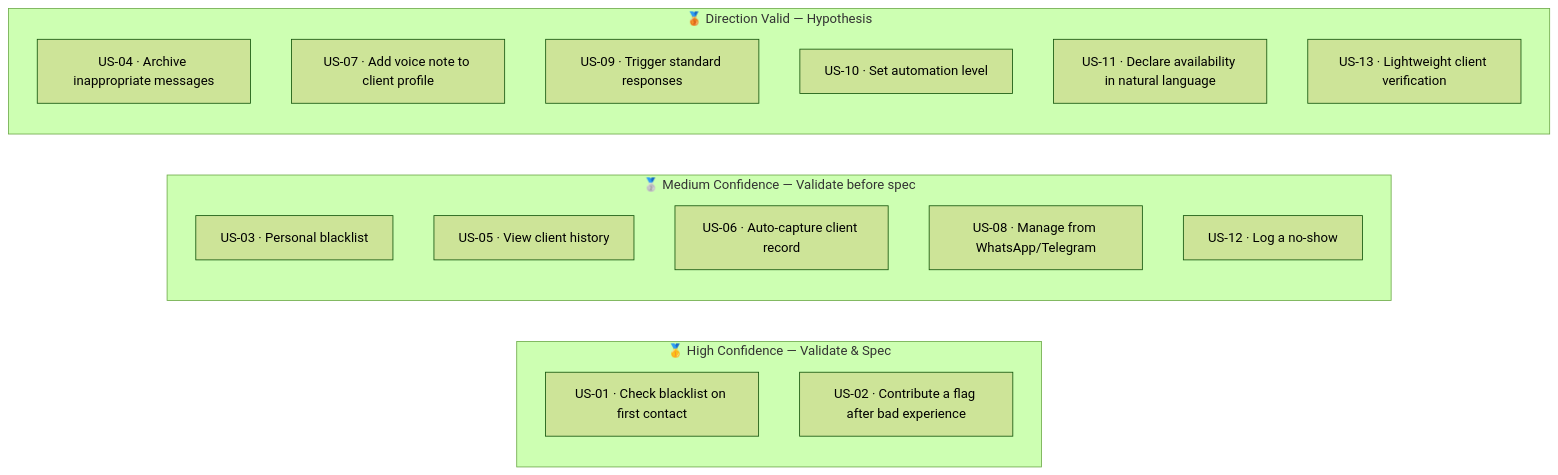
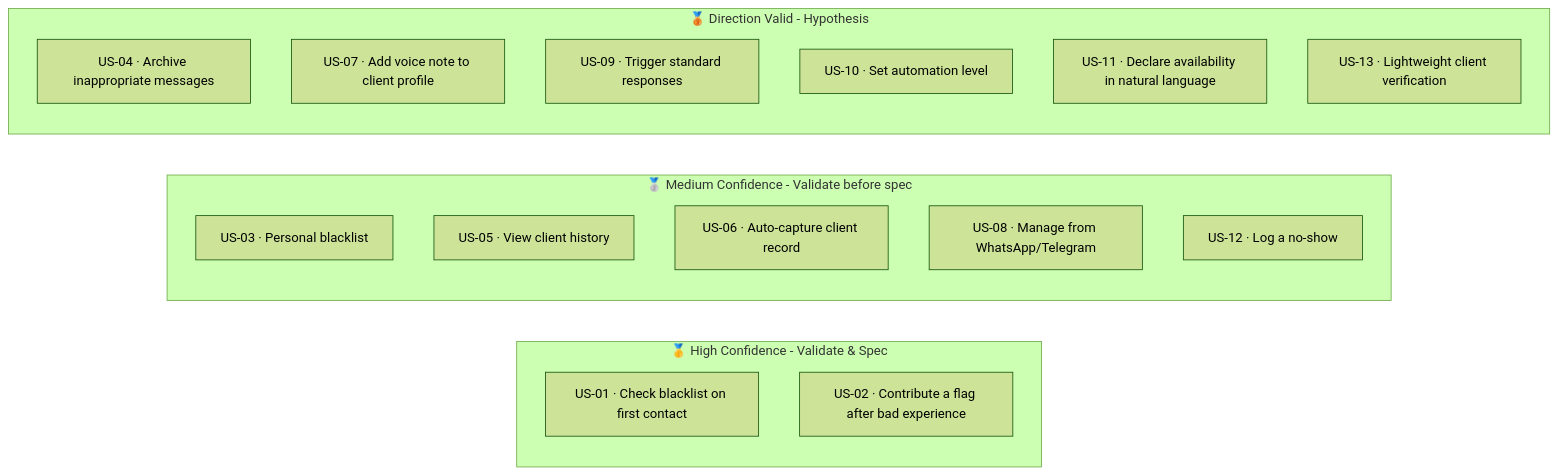
Before and after one commit to nixor-praxian/scarlot: the sixth of 6 diagrams in docs/scarlot_discovery_report_v1.md, drawn with Mermaid (forest theme). The commit also changed other lines of this file and 41 other files, not shown here.

````diff
--- a/docs/scarlot_discovery_report_v1.md
+++ b/docs/scarlot_discovery_report_v1.md
@@ -463,22 +469,22 @@
 ```mermaid
 graph LR
-    subgraph GOLD["🥇 High Confidence — Validate & Spec"]
+    subgraph GOLD["🥇 High Confidence - Validate & Spec"]
         US01["US-01 · Check blacklist on first contact"]
         US02["US-02 · Contribute a flag after bad experience"]
     end
-    subgraph SILVER["🥈 Medium Confidence — Validate before spec"]
+    subgraph SILVER["🥈 Medium Confidence - Validate before spec"]
         US03["US-03 · Personal blacklist"]
         US05["US-05 · View client history"]
         US06["US-06 · Auto-capture client record"]
         US08["US-08 · Manage from WhatsApp/Telegram"]
         US12["US-12 · Log a no-show"]
     end
-    subgraph BRONZE["🥉 Direction Valid — Hypothesis"]
+    subgraph BRONZE["🥉 Direction Valid - Hypothesis"]
         US04["US-04 · Archive inappropriate messages"]
         US07["US-07 · Add voice note to client profile"]
         US09["US-09 · Trigger standard responses"]
         US10["US-10 · Set automation level"]
         US11["US-11 · Declare availability in natural language"]
         US13["US-13 · Lightweight client verification"]
     end
 ```
````
